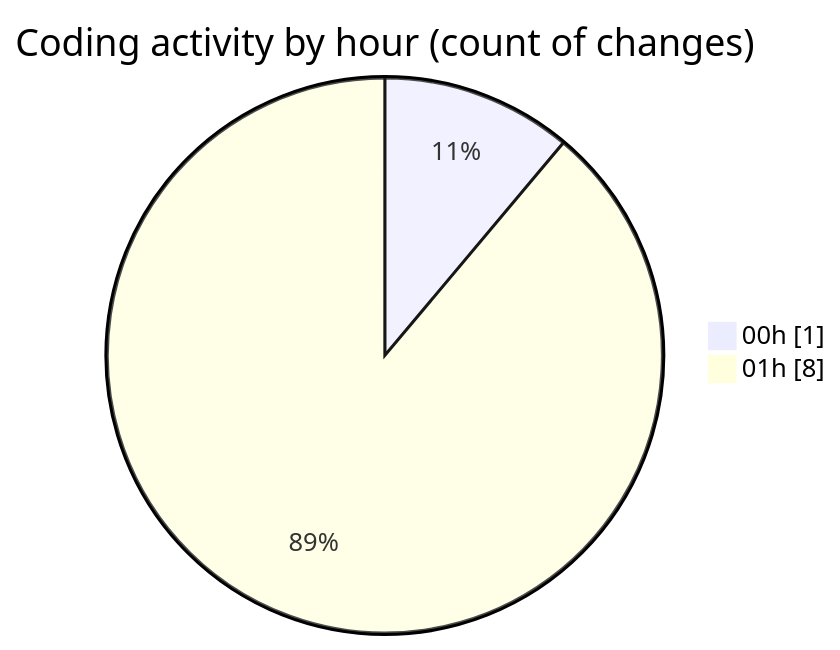
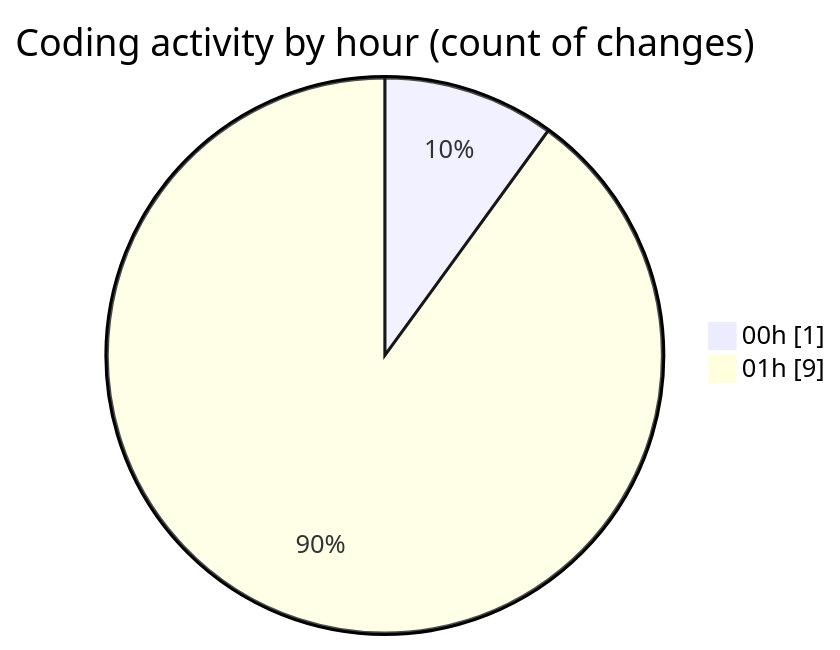
The second of 2 diagrams in 2025-11-01/cdp_aleoudev_fr__workspace_/README.md (julien-gomy/code-tracking), drawn with Mermaid before and after one commit. The commit also changed other lines of this file and 1 other file, not shown here.

````diff
--- a/2025-11-01/cdp_aleoudev_fr__workspace_/README.md
+++ b/2025-11-01/cdp_aleoudev_fr__workspace_/README.md
@@ -31,6 +31,6 @@
 ```mermaid
 pie showData
 title Coding activity by hour (count of changes)
 "00h" : 1
-"01h" : 8
+"01h" : 9
 ```
````
